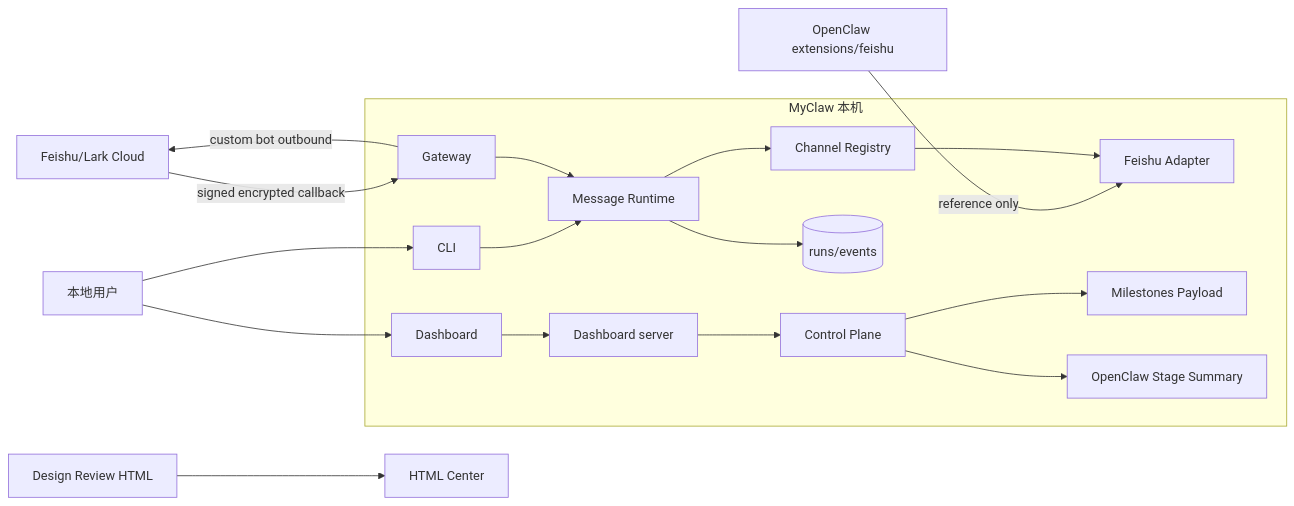
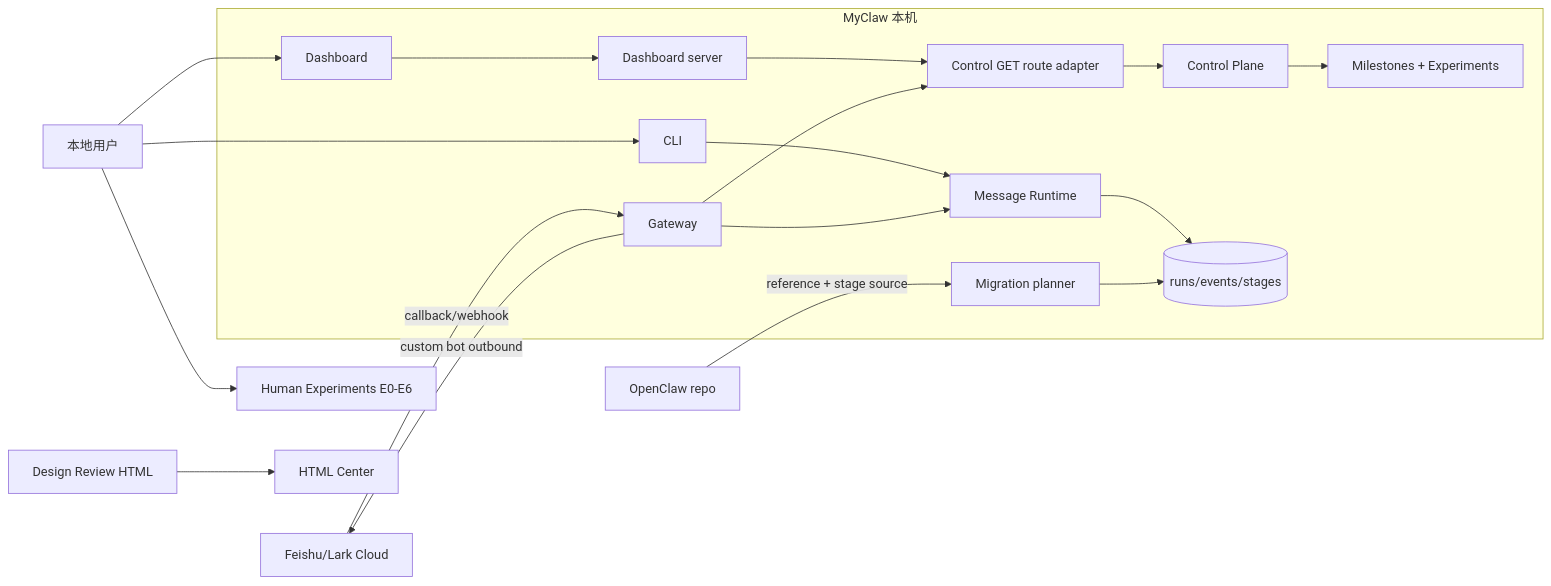
Before and after one commit to mayf3/myclaw: the second of 9 diagrams in docs/implementation-architecture.md, drawn with Mermaid. The commit also changed other lines of this file and 27 other files, not shown here.

Commit message:
feat: add human experiment roadmap

````diff
--- a/docs/implementation-architecture.md
+++ b/docs/implementation-architecture.md
@@ -53,21 +60,22 @@
 ```mermaid
 flowchart LR
   User[本地用户] --> CLI[CLI]
   User --> Browser[Dashboard]
-  Feishu[Feishu/Lark Cloud] -->|signed encrypted callback| Gateway[Gateway]
+  User --> Experiments[Human Experiments E0-E6]
+  Feishu[Feishu/Lark Cloud] -->|callback/webhook| Gateway[Gateway]
   Gateway -->|custom bot outbound| Feishu
-  OpenClaw[OpenClaw extensions/feishu] -->|reference only| Adapter[Feishu Adapter]
+  OpenClaw[OpenClaw repo] -->|reference + stage source| Migration[Migration planner]
   Reports[Design Review HTML] --> HtmlCenter[HTML Center]
 
   subgraph Local[MyClaw 本机]
     CLI --> Runtime[Message Runtime]
     Gateway --> Runtime
-    Runtime --> Channels[Channel Registry]
-    Channels --> Adapter
-    Runtime --> State[(runs/events)]
     Browser --> Dashboard[Dashboard server]
-    Dashboard --> Control[Control Plane]
-    Control --> Milestones[Milestones Payload]
-    Control --> StageSummary[OpenClaw Stage Summary]
+    Dashboard --> RouteAdapter[Control GET route adapter]
+    Gateway --> RouteAdapter
+    RouteAdapter --> Control[Control Plane]
+    Control --> Roadmap[Milestones + Experiments]
+    Runtime --> State[(runs/events/stages)]
+    Migration --> State
   end
 ```
````
